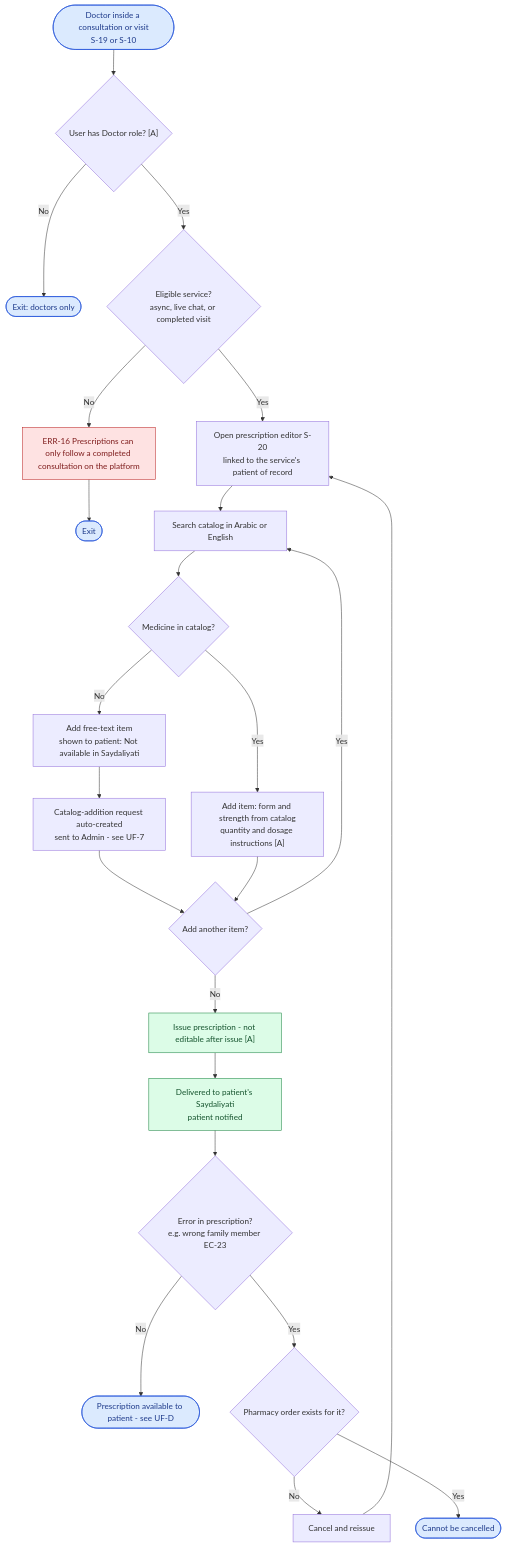
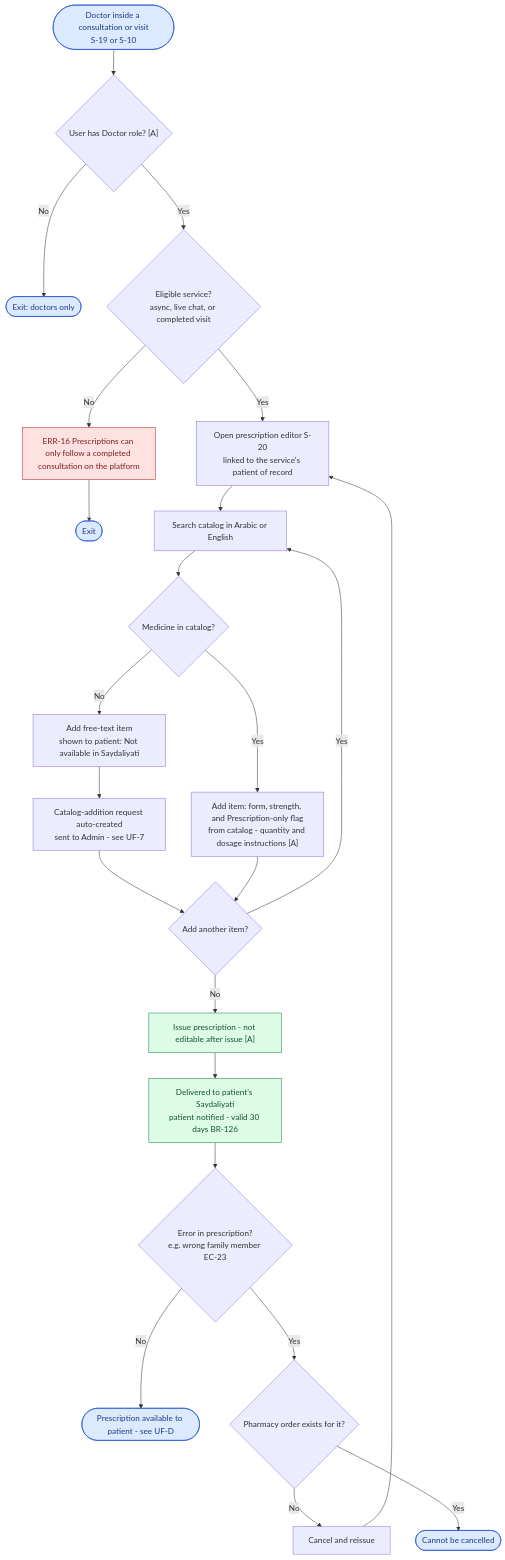
One commit to foxamoca/iltiam changed the seventh of 12 diagrams in docs/user-flow.md. Above: the diagram before and after it, drawn with Mermaid. The commit also changed other lines of this file and 6 other files, not shown here.

Commit message:
docs: update PRD (Arabic + PDFs), user flows and UI/UX to v1.1

````diff
--- a/docs/user-flow.md
+++ b/docs/user-flow.md
@@ -444,32 +465,32 @@
 ```mermaid
 flowchart TD
     START(["Doctor inside a consultation or visit<br/>S-19 or S-10"]) --> ROLEQ{"User has Doctor role? [A]"}
     ROLEQ -->|"No"| NOROLE(["Exit: doctors only"])
     ROLEQ -->|"Yes"| ELIG{"Eligible service?<br/>async, live chat, or completed visit"}
     ELIG -->|"No"| ERR16["ERR-16 Prescriptions can only follow a completed consultation on the platform"]
     ERR16 --> NOX(["Exit"])
     ELIG -->|"Yes"| EDIT["Open prescription editor S-20<br/>linked to the service's patient of record"]
     EDIT --> SEARCH["Search catalog in Arabic or English"]
     SEARCH --> FOUND{"Medicine in catalog?"}
-    FOUND -->|"Yes"| ITEM["Add item: form and strength from catalog<br/>quantity and dosage instructions [A]"]
+    FOUND -->|"Yes"| ITEM["Add item: form, strength, and Prescription-only flag<br/>from catalog - quantity and dosage instructions [A]"]
     FOUND -->|"No"| FREE["Add free-text item<br/>shown to patient: Not available in Saydaliyati"]
     FREE --> REQ["Catalog-addition request auto-created<br/>sent to Admin - see UF-7"]
     REQ --> MORE
     ITEM --> MORE{"Add another item?"}
     MORE -->|"Yes"| SEARCH
     MORE -->|"No"| ISSUE["Issue prescription - not editable after issue [A]"]
-    ISSUE --> DELIV["Delivered to patient's Saydaliyati<br/>patient notified"]
+    ISSUE --> DELIV["Delivered to patient's Saydaliyati<br/>patient notified - valid 30 days BR-126"]
     DELIV --> WRONG{"Error in prescription?<br/>e.g. wrong family member EC-23"}
     WRONG -->|"No"| DONE(["Prescription available to patient - see UF-D"])
     WRONG -->|"Yes"| ORD{"Pharmacy order exists for it?"}
     ORD -->|"No"| CANC["Cancel and reissue"]
     CANC --> EDIT
     ORD -->|"Yes"| LOCK(["Cannot be cancelled"])
 
     classDef entry fill:#dbeafe,stroke:#1d4ed8,color:#1e3a8a
     classDef success fill:#dcfce7,stroke:#15803d,color:#14532d
     classDef error fill:#fee2e2,stroke:#b91c1c,color:#7f1d1d
     class START,NOROLE,NOX,DONE,LOCK entry
     class ISSUE,DELIV success
     class ERR16 error
 ```
````
